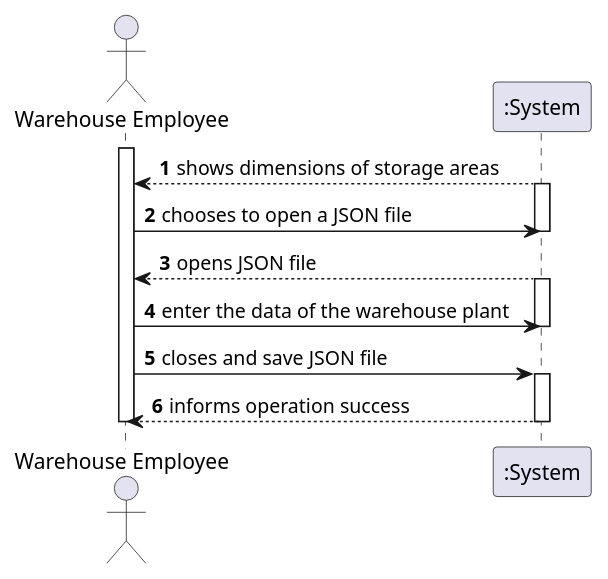
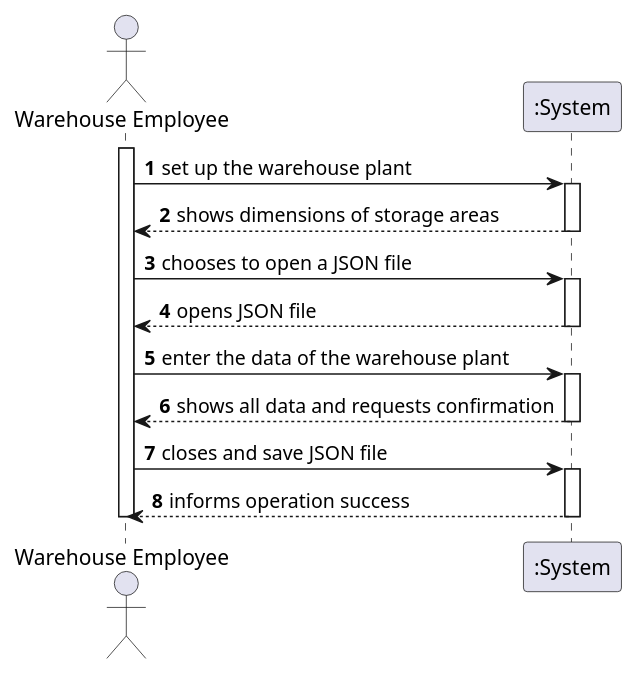
The diagram in docs/Sprint2/US2001/US2001_SSD.puml (marttuga/LAPR4-SmartSystems), drawn with PlantUML before and after one commit.

Commit message:
<L2L20-15> Design: SSD US2001

```diff
--- a/docs/Sprint2/US2001/US2001_SSD.puml
+++ b/docs/Sprint2/US2001/US2001_SSD.puml
@@ -1,28 +1,34 @@
 @startuml
 autonumber
 actor "Warehouse Employee" as WE
 
 activate WE
 
-":System" --> WE : shows dimensions of storage areas
+WE -> ":System" : set up the warehouse plant
 activate ":System"
 
-WE -> ":System" : chooses to open a JSON file
+":System" --> WE : shows dimensions of storage areas
 deactivate ":System"
 
-":System" --> WE : opens JSON file
+WE -> ":System" : chooses to open a JSON file
 activate ":System"
 
+":System" --> WE : opens JSON file
+deactivate ":System"
+
 WE -> ":System" : enter the data of the warehouse plant
+activate ":System"
+
+":System" --> WE : shows all data and requests confirmation
 deactivate ":System"
 
 WE -> ":System" : closes and save JSON file
 activate ":System"
 
 ":System" --> WE : informs operation success
 deactivate ":System"
 
 deactivate ":System"
 deactivate WE
 
 @enduml
```
